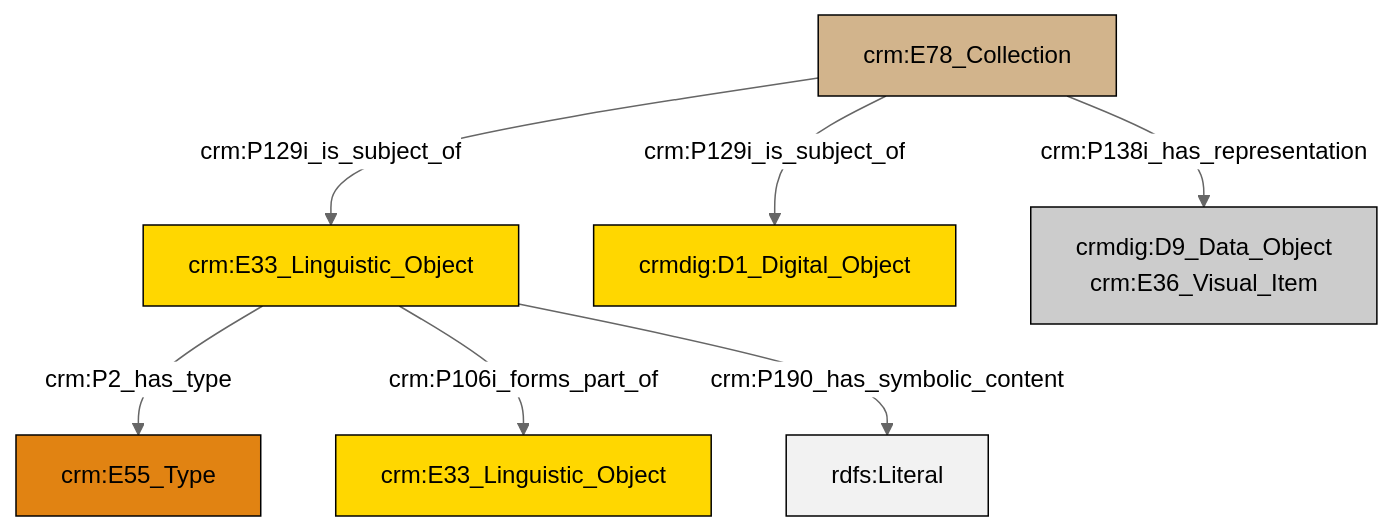
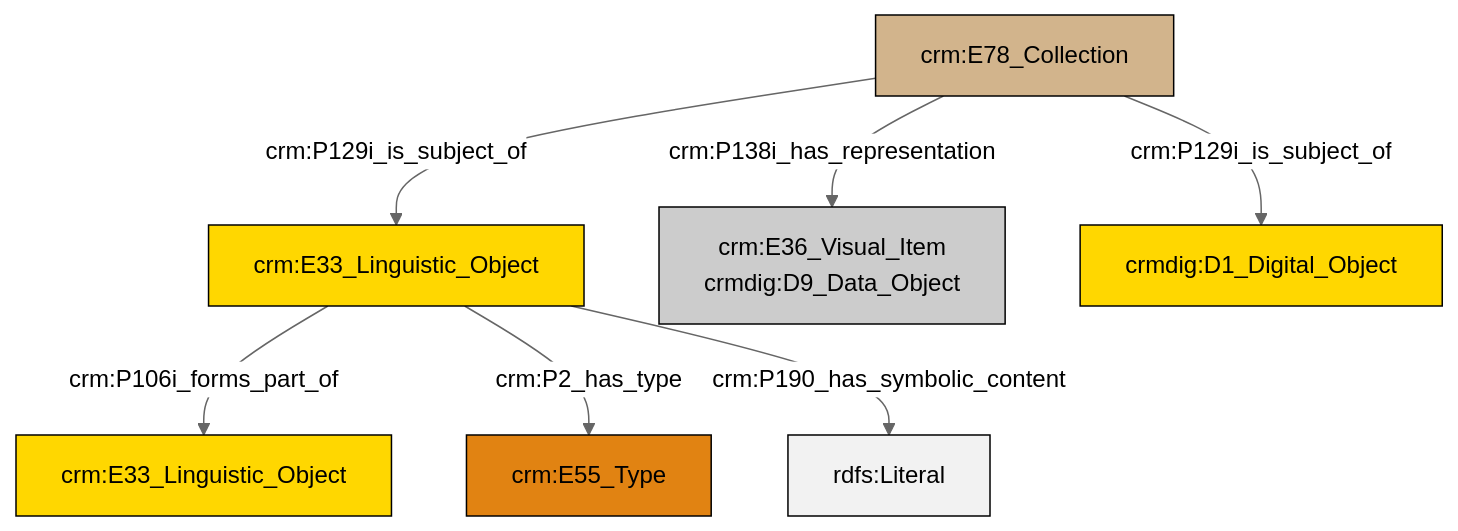
Before and after one commit to swiss-art-research-net/docs.swissartresearch: the diagram in et/archivalCSV/ttl/mmd/archival_docs.ttl.mmd, drawn with Mermaid (neutral theme). The commit also changed 178 other files, not shown here.

```diff
--- a/et/archivalCSV/ttl/mmd/archival_docs.ttl.mmd
+++ b/et/archivalCSV/ttl/mmd/archival_docs.ttl.mmd
@@ -1,21 +1,21 @@
 graph TD
 classDef Literal fill:#f2f2f2,stroke:#000000;
 classDef CRM_Entity fill:#FFFFFF,stroke:#000000;
 classDef Temporal_Entity fill:#00C9E6, stroke:#000000;
 classDef Type fill:#E18312, stroke:#000000;
 classDef Time-Span fill:#2C9C91, stroke:#000000;
 classDef Appellation fill:#FFEB7F, stroke:#000000;
 classDef Place fill:#008836, stroke:#000000;
 classDef Persistent_Item fill:#B266B2, stroke:#000000;
 classDef Conceptual_Object fill:#FFD700, stroke:#000000;
 classDef Physical_Thing fill:#D2B48C, stroke:#000000;
 classDef Actor fill:#f58aad, stroke:#000000;
 classDef PC_Classes fill:#4ce600, stroke:#000000;
 classDef Multi fill:#cccccc,stroke:#000000;
 
-0["crm:E78_Collection"]:::Physical_Thing -->|crm:P129i_is_subject_of| 1["crm:E33_Linguistic_Object"]:::Conceptual_Object
-1["crm:E33_Linguistic_Object"]:::Conceptual_Object -->|crm:P2_has_type| 2["crm:E55_Type"]:::Type
-0["crm:E78_Collection"]:::Physical_Thing -->|crm:P129i_is_subject_of| 3["crmdig:D1_Digital_Object"]:::Conceptual_Object
-1["crm:E33_Linguistic_Object"]:::Conceptual_Object -->|crm:P106i_forms_part_of| 6["crm:E33_Linguistic_Object"]:::Conceptual_Object
-0["crm:E78_Collection"]:::Physical_Thing -->|crm:P138i_has_representation| 9["crmdig:D9_Data_Object<br>crm:E36_Visual_Item"]:::Multi
-1["crm:E33_Linguistic_Object"]:::Conceptual_Object -->|crm:P190_has_symbolic_content| 13[rdfs:Literal]:::Literal
+0["crm:E33_Linguistic_Object"]:::Conceptual_Object -->|crm:P106i_forms_part_of| 1["crm:E33_Linguistic_Object"]:::Conceptual_Object
+2["crm:E78_Collection"]:::Physical_Thing -->|crm:P138i_has_representation| 3["crm:E36_Visual_Item<br>crmdig:D9_Data_Object"]:::Multi
+2["crm:E78_Collection"]:::Physical_Thing -->|crm:P129i_is_subject_of| 7["crmdig:D1_Digital_Object"]:::Conceptual_Object
+2["crm:E78_Collection"]:::Physical_Thing -->|crm:P129i_is_subject_of| 0["crm:E33_Linguistic_Object"]:::Conceptual_Object
+0["crm:E33_Linguistic_Object"]:::Conceptual_Object -->|crm:P2_has_type| 5["crm:E55_Type"]:::Type
+0["crm:E33_Linguistic_Object"]:::Conceptual_Object -->|crm:P190_has_symbolic_content| 13[rdfs:Literal]:::Literal
```
